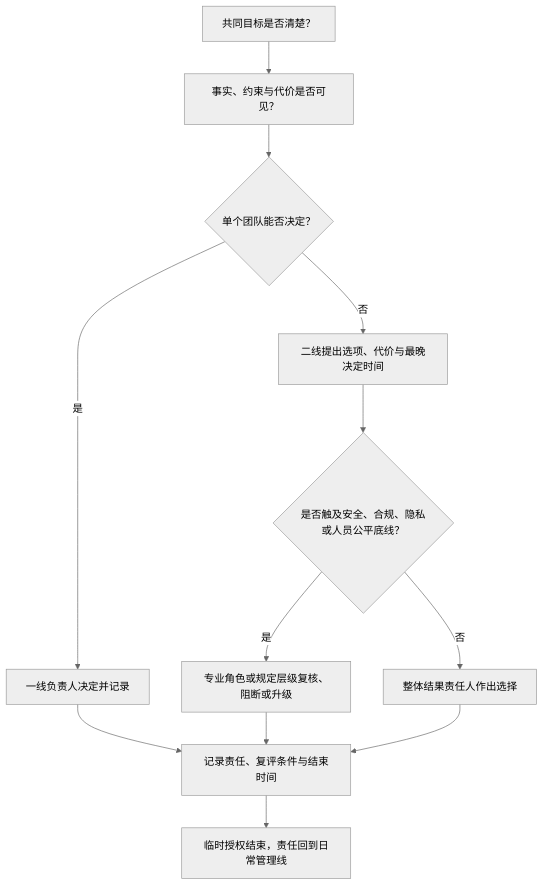
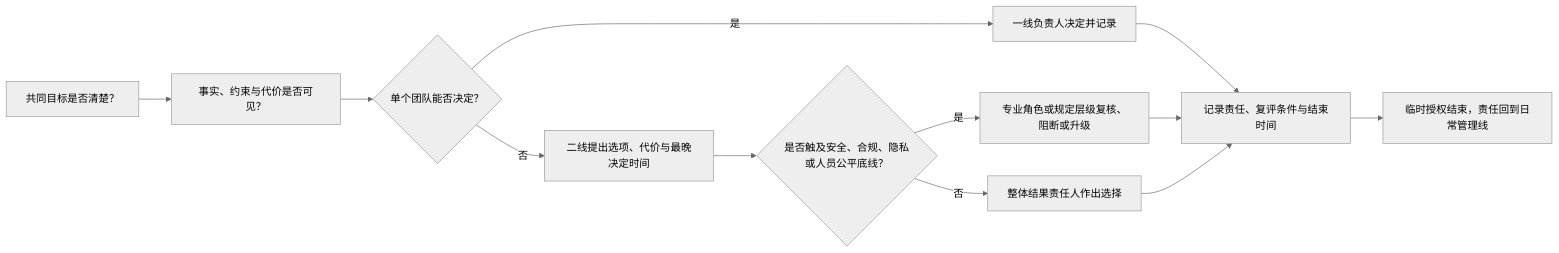
Before and after one commit to Liyuk/liyuk.github.io: the diagram in src/content/writing/2026/08/manager-of-managers-management-and-authority/zh.md, drawn with Mermaid (neutral theme). The commit also changed 83 other files, not shown here.

````diff
--- a/src/content/writing/2026/08/manager-of-managers-management-and-authority/zh.md
+++ b/src/content/writing/2026/08/manager-of-managers-management-and-authority/zh.md
@@ -62,14 +62,14 @@
 ```mermaid
-flowchart TB
+flowchart LR
   A[共同目标是否清楚？] --> B[事实、约束与代价是否可见？]
   B --> C{单个团队能否决定？}
   C -->|是| D[一线负责人决定并记录]
   C -->|否| E[二线提出选项、代价与最晚决定时间]
   E --> F{是否触及安全、合规、隐私或人员公平底线？}
   F -->|是| G[专业角色或规定层级复核、阻断或升级]
   F -->|否| H[整体结果责任人作出选择]
   D --> I[记录责任、复评条件与结束时间]
   G --> I
   H --> I
   I --> J[临时授权结束，责任回到日常管理线]
 ```
````
